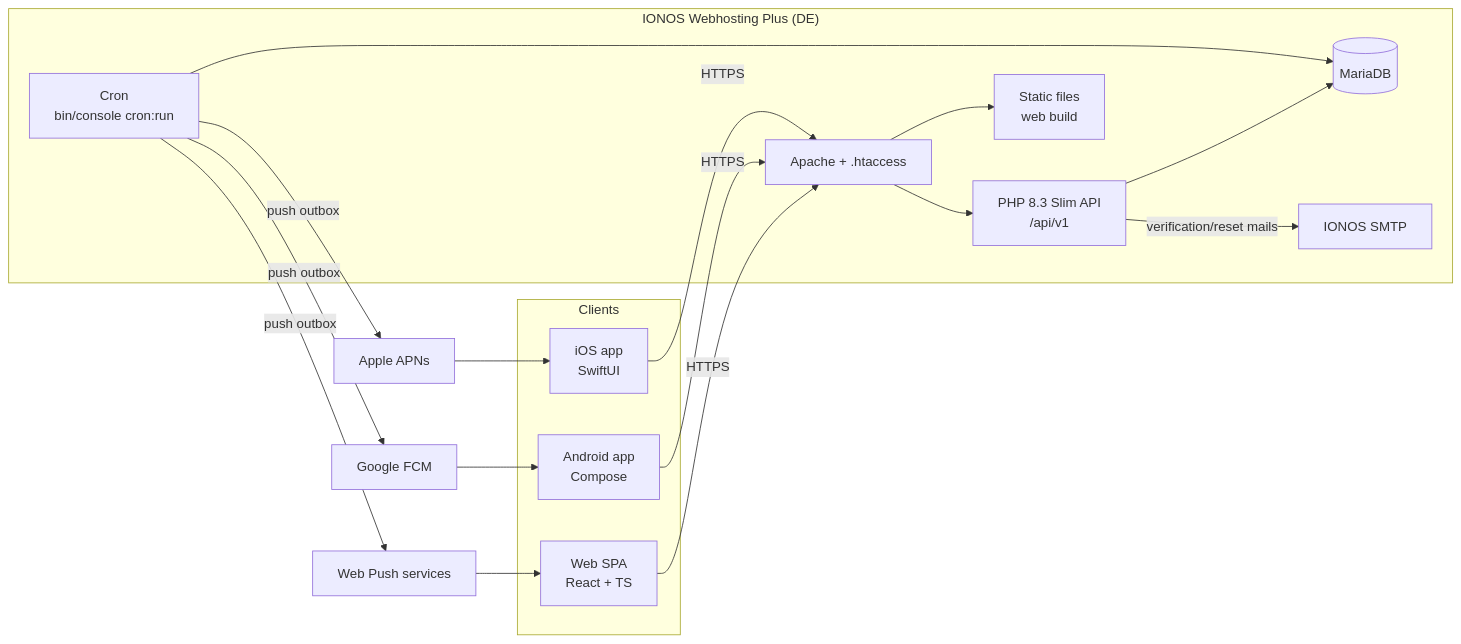
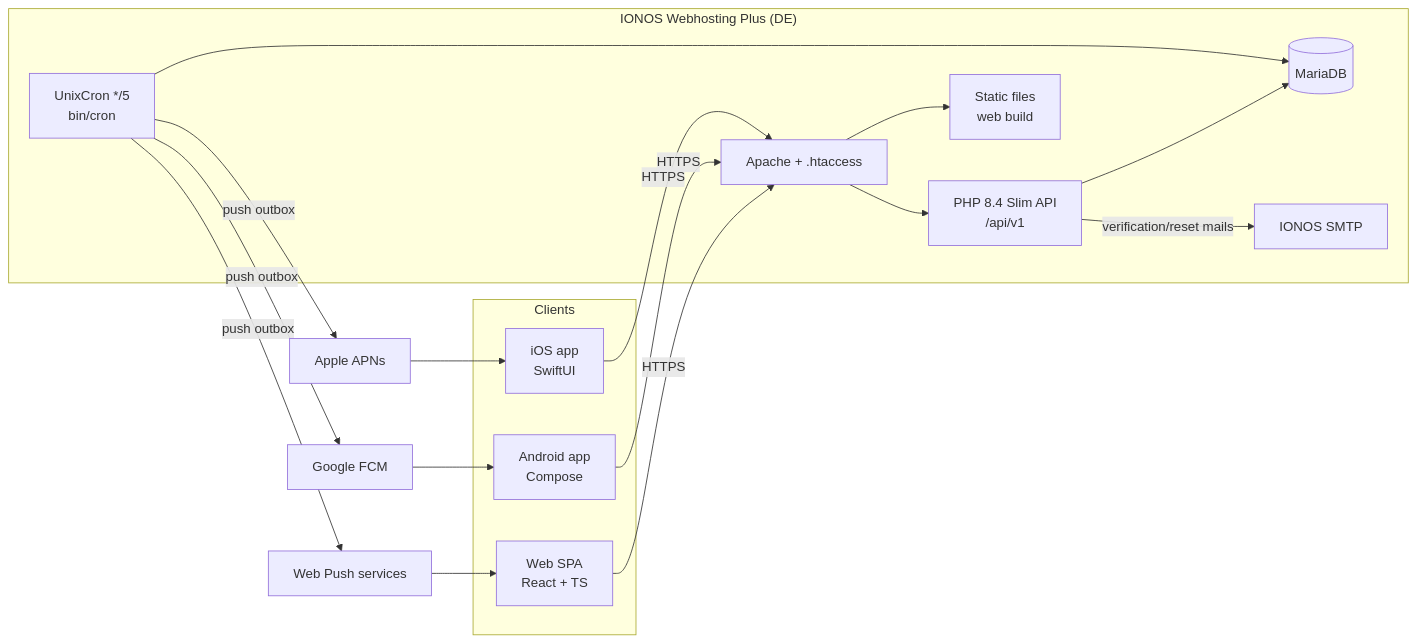
Before and after one commit to nebulai13/smoke-detector: the first of 4 diagrams in docs/HLD.md, drawn with Mermaid. The commit also changed other lines of this file and 4 other files, not shown here.

````diff
--- a/docs/HLD.md
+++ b/docs/HLD.md
@@ -30,32 +30,32 @@
 ```mermaid
 flowchart LR
   subgraph Clients
     W[Web SPA<br/>React + TS]
     I[iOS app<br/>SwiftUI]
     A[Android app<br/>Compose]
   end
   subgraph IONOS["IONOS Webhosting Plus (DE)"]
     AP[Apache + .htaccess]
-    API[PHP 8.3 Slim API<br/>/api/v1]
-    CR[Cron<br/>bin/console cron:run]
+    API[PHP 8.4 Slim API<br/>/api/v1]
+    CR[UnixCron */5<br/>bin/cron]
     DB[(MariaDB)]
     ST[Static files<br/>web build]
     MAIL[IONOS SMTP]
   end
   APNS[Apple APNs]
   FCM[Google FCM]
   WP[Web Push services]
 
   W -- HTTPS --> AP
   I -- HTTPS --> AP
   A -- HTTPS --> AP
   AP --> ST
   AP --> API
   API --> DB
   CR --> DB
   CR -- push outbox --> APNS & FCM & WP
   API -- verification/reset mails --> MAIL
   APNS --> I
   FCM --> A
   WP --> W
 ```
````
